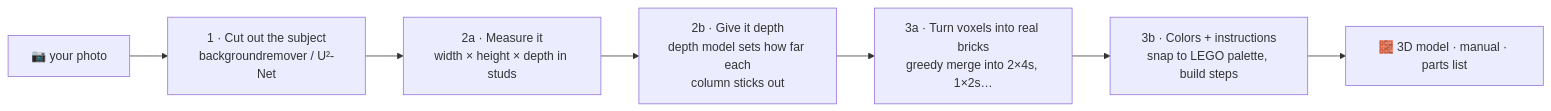
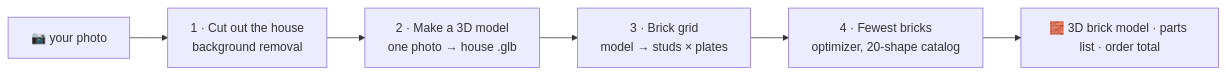
One commit to chrisarg311/bricklab changed the first of 2 diagrams in README.md. Above: the diagram before and after it, drawn with Mermaid. The commit also changed other lines of this file, not shown here.

````diff
--- a/README.md
+++ b/README.md
@@ -19,9 +17,8 @@
 ```mermaid
 flowchart LR
-    IMG["📷 your photo"] --> SUB["1 · Cut out the subject<br/>backgroundremover / U²-Net"]
-    SUB --> DIM["2a · Measure it<br/>width × height × depth in studs"]
-    DIM --> REL["2b · Give it depth<br/>depth model sets how far each<br/>column sticks out"]
-    REL --> BRK["3a · Turn voxels into real bricks<br/>greedy merge into 2×4s, 1×2s…"]
-    BRK --> INS["3b · Colors + instructions<br/>snap to LEGO palette, build steps"]
-    INS --> OUT["🧱 3D model · manual · parts list"]
+    IMG["📷 your photo"] --> CUT["1 · Cut out the house<br/>background removal"]
+    CUT --> GEN["2 · Make a 3D model<br/>one photo → house .glb"]
+    GEN --> VOX["3 · Brick grid<br/>model → studs × plates"]
+    VOX --> OPT["4 · Fewest bricks<br/>optimizer, 20-shape catalog"]
+    OPT --> OUT["🧱 3D brick model · parts list · order total"]
 ```
````
